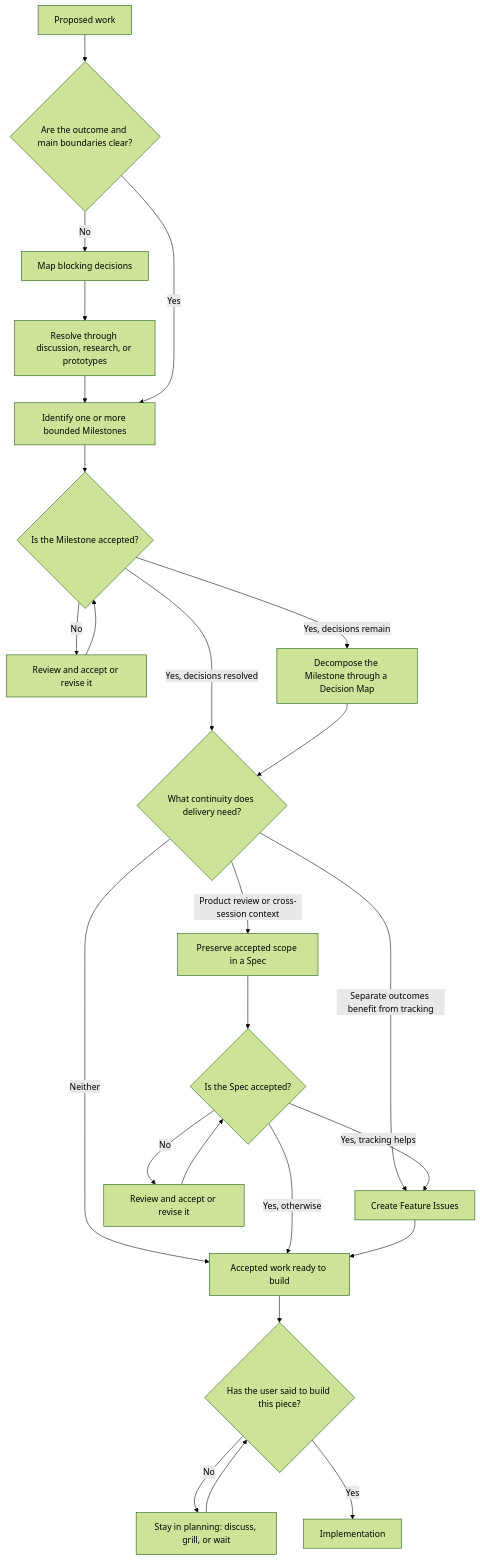
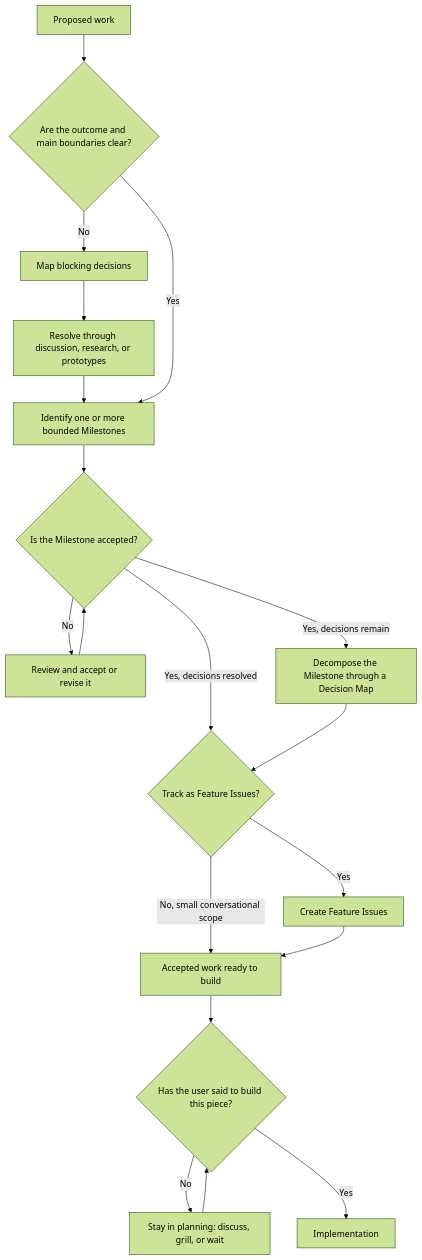
Before and after one commit to synorastudio/eng-playbook: the diagram in workflows/feature-planning.md, drawn with Mermaid (forest theme). The commit also changed other lines of this file and 19 other files, not shown here.

````diff
--- a/workflows/feature-planning.md
+++ b/workflows/feature-planning.md
@@ -13,27 +13,21 @@
 ```mermaid
 flowchart TD
     proposed[Proposed work] --> clear{Are the outcome and main boundaries clear?}
     clear -->|No| decisions[Map blocking decisions]
     decisions --> resolve[Resolve through discussion, research, or prototypes]
     resolve --> milestones[Identify one or more bounded Milestones]
     clear -->|Yes| milestones
     milestones --> accepted{Is the Milestone accepted?}
     accepted -->|No| review[Review and accept or revise it]
     review --> accepted
-    accepted -->|Yes, decisions resolved| needs{What continuity does delivery need?}
+    accepted -->|Yes, decisions resolved| needs{Track as Feature Issues?}
     accepted -->|Yes, decisions remain| decompose[Decompose the Milestone through a Decision Map]
     decompose --> needs
-    needs -->|Product review or cross-session context| spec[Preserve accepted scope in a Spec]
-    needs -->|Separate outcomes benefit from tracking| issues[Create Feature Issues]
-    needs -->|Neither| ready
-    spec --> specAccepted{Is the Spec accepted?}
-    specAccepted -->|No| specReview[Review and accept or revise it]
-    specReview --> specAccepted
-    specAccepted -->|Yes, tracking helps| issues
-    specAccepted -->|Yes, otherwise| ready
+    needs -->|Yes| issues[Create Feature Issues]
+    needs -->|No, small conversational scope| ready
     issues --> ready[Accepted work ready to build]
     ready --> gate{Has the user said to build this piece?}
     gate -->|No| planning[Stay in planning: discuss, grill, or wait]
     planning --> gate
     gate -->|Yes| implementation[Implementation]
 ```
````
